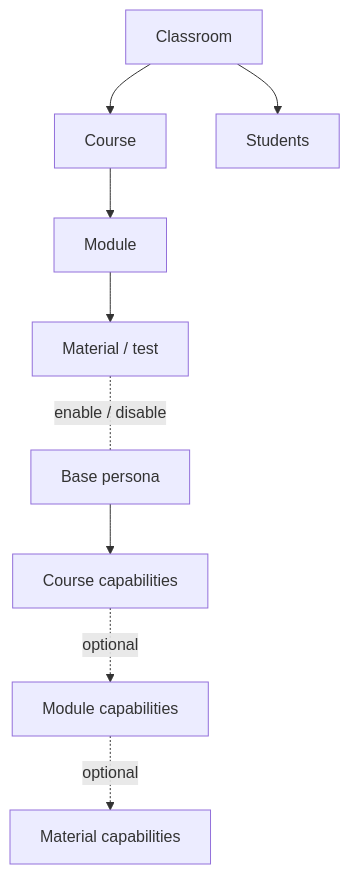
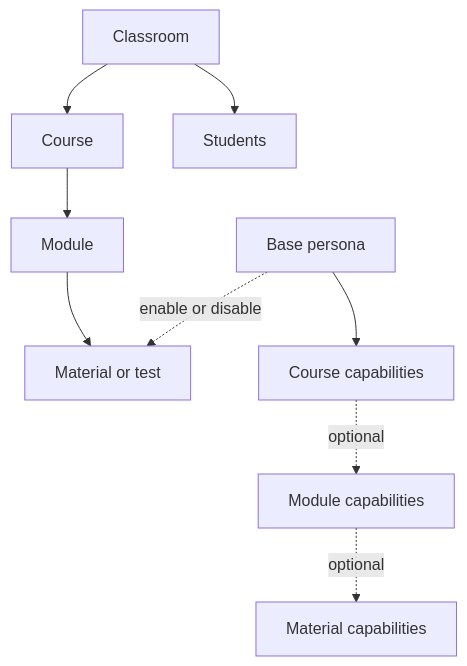
One commit to faiq69280/mirror-wise changed the first of 3 diagrams in README.md. Above: the diagram before and after it, drawn with Mermaid. The commit also changed other lines of this file, not shown here.

````diff
--- a/README.md
+++ b/README.md
@@ -22,10 +22,10 @@
 ```mermaid
 flowchart TD
-    Course --> Module --> Material[Material / test]
-    Persona[Base persona] --> CC[Course capabilities]
-    CC -.optional.-> MC[Module capabilities]
-    MC -.optional.-> MatC[Material capabilities]
-    Material -. enable / disable .- Persona
+    Course --> Module --> Material["Material or test"]
+    Persona["Base persona"] --> CC["Course capabilities"]
+    CC -.->|optional| MC["Module capabilities"]
+    MC -.->|optional| MatC["Material capabilities"]
+    Persona -.->|"enable or disable"| Material
     Classroom --> Course
     Classroom --> Students
 ```
````
